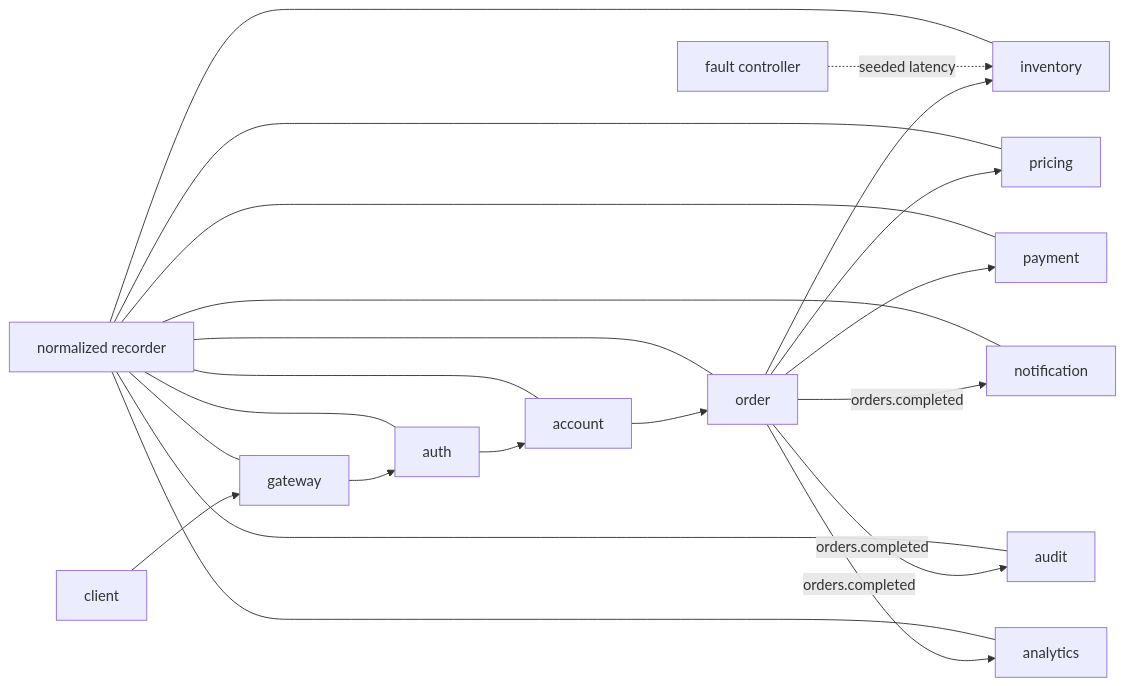
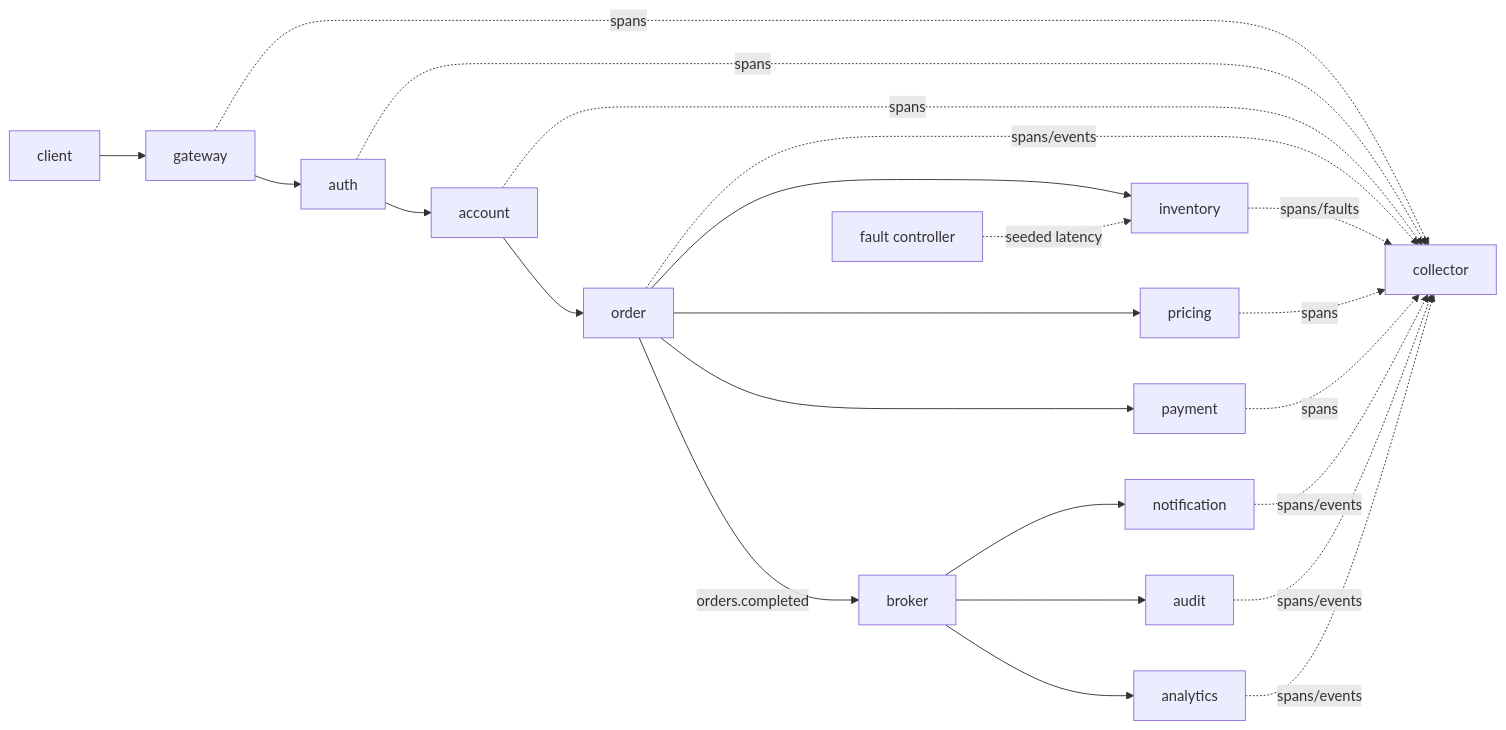
The diagram in README.md (yjr28/kestrel-replay), drawn with Mermaid before and after one commit. The commit also changed other lines of this file and 23 other files, not shown here.

````diff
--- a/README.md
+++ b/README.md
@@ -15,25 +15,26 @@
 ```mermaid
 flowchart LR
     C[client] --> G[gateway]
     G --> A[auth]
     A --> AC[account]
     AC --> O[order]
     O --> I[inventory]
     O --> P[pricing]
     O --> PAY[payment]
-    O -->|orders.completed| N[notification]
-    O -->|orders.completed| AU[audit]
-    O -->|orders.completed| AN[analytics]
+    O -->|orders.completed| B[broker]
+    B --> N[notification]
+    B --> AU[audit]
+    B --> AN[analytics]
 
     FI[fault controller] -. seeded latency .-> I
-    R[normalized recorder] --- G
-    R --- A
-    R --- AC
-    R --- O
-    R --- I
-    R --- P
-    R --- PAY
-    R --- N
-    R --- AU
-    R --- AN
+    G -. spans .-> COL[collector]
+    A -. spans .-> COL
+    AC -. spans .-> COL
+    O -. spans/events .-> COL
+    I -. spans/faults .-> COL
+    P -. spans .-> COL
+    PAY -. spans .-> COL
+    N -. spans/events .-> COL
+    AU -. spans/events .-> COL
+    AN -. spans/events .-> COL
 ```
````
